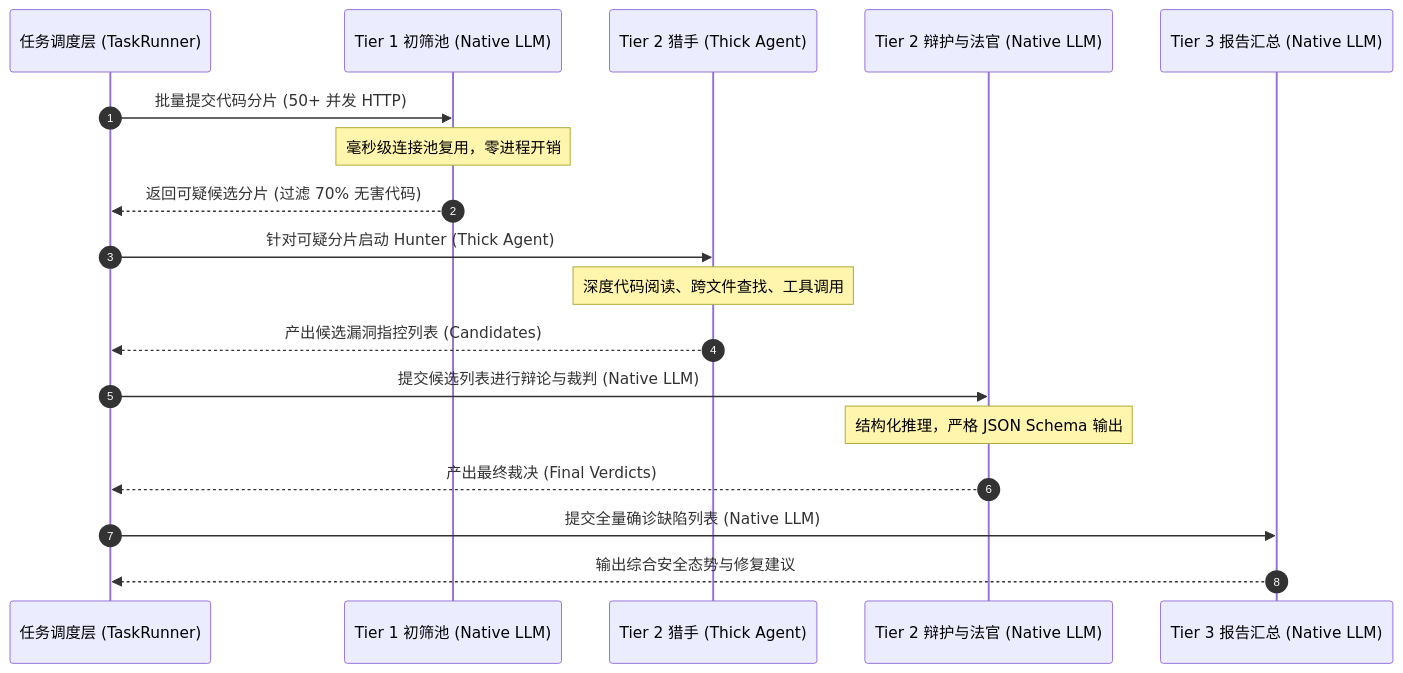
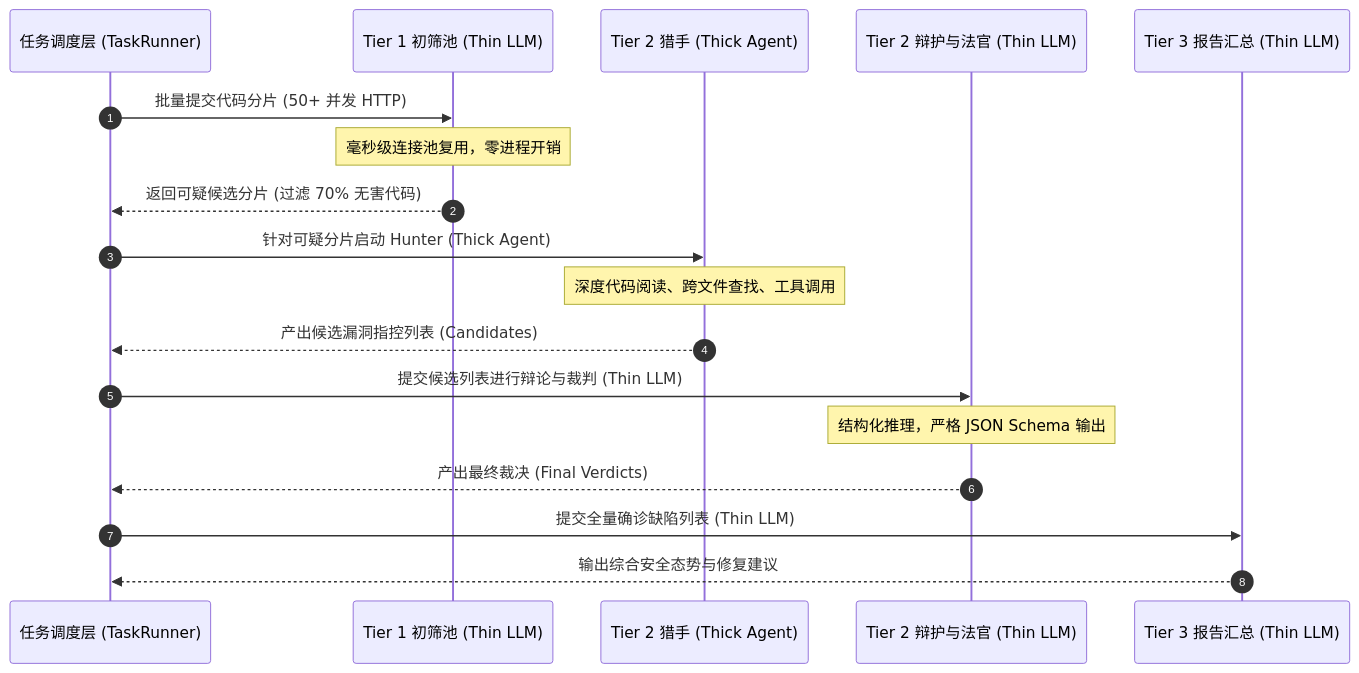
The third of 4 diagrams in docs/native-llm-architecture/01-CodeShield-原生LLM轻量执行引擎与混合调用架构设计.md (fugui/code-shield), drawn with Mermaid before and after one commit. The commit also changed other lines of this file and 2 other files, not shown here.

Commit message:
docs: 新增Thin LLM Engine批判性审视与场景配置方案

````diff
--- a/docs/native-llm-architecture/01-CodeShield-原生LLM轻量执行引擎与混合调用架构设计.md
+++ b/docs/native-llm-architecture/01-CodeShield-原生LLM轻量执行引擎与混合调用架构设计.md
@@ -118,24 +118,24 @@
 ```mermaid
 sequenceDiagram
     autonumber
     participant Task as 任务调度层 (TaskRunner)
-    participant Tier1 as Tier 1 初筛池 (Native LLM)
+    participant Tier1 as Tier 1 初筛池 (Thin LLM)
     participant Tier2_H as Tier 2 猎手 (Thick Agent)
-    participant Tier2_J as Tier 2 辩护与法官 (Native LLM)
-    participant Tier3 as Tier 3 报告汇总 (Native LLM)
+    participant Tier2_J as Tier 2 辩护与法官 (Thin LLM)
+    participant Tier3 as Tier 3 报告汇总 (Thin LLM)
 
     Task->>Tier1: 批量提交代码分片 (50+ 并发 HTTP)
     Note over Tier1: 毫秒级连接池复用，零进程开销
     Tier1-->>Task: 返回可疑候选分片 (过滤 70% 无害代码)
 
     Task->>Tier2_H: 针对可疑分片启动 Hunter (Thick Agent)
     Note over Tier2_H: 深度代码阅读、跨文件查找、工具调用
     Tier2_H-->>Task: 产出候选漏洞指控列表 (Candidates)
 
-    Task->>Tier2_J: 提交候选列表进行辩论与裁判 (Native LLM)
+    Task->>Tier2_J: 提交候选列表进行辩论与裁判 (Thin LLM)
     Note over Tier2_J: 结构化推理，严格 JSON Schema 输出
     Tier2_J-->>Task: 产出最终裁决 (Final Verdicts)
 
-    Task->>Tier3: 提交全量确诊缺陷列表 (Native LLM)
+    Task->>Tier3: 提交全量确诊缺陷列表 (Thin LLM)
     Tier3-->>Task: 输出综合安全态势与修复建议
 ```
````
